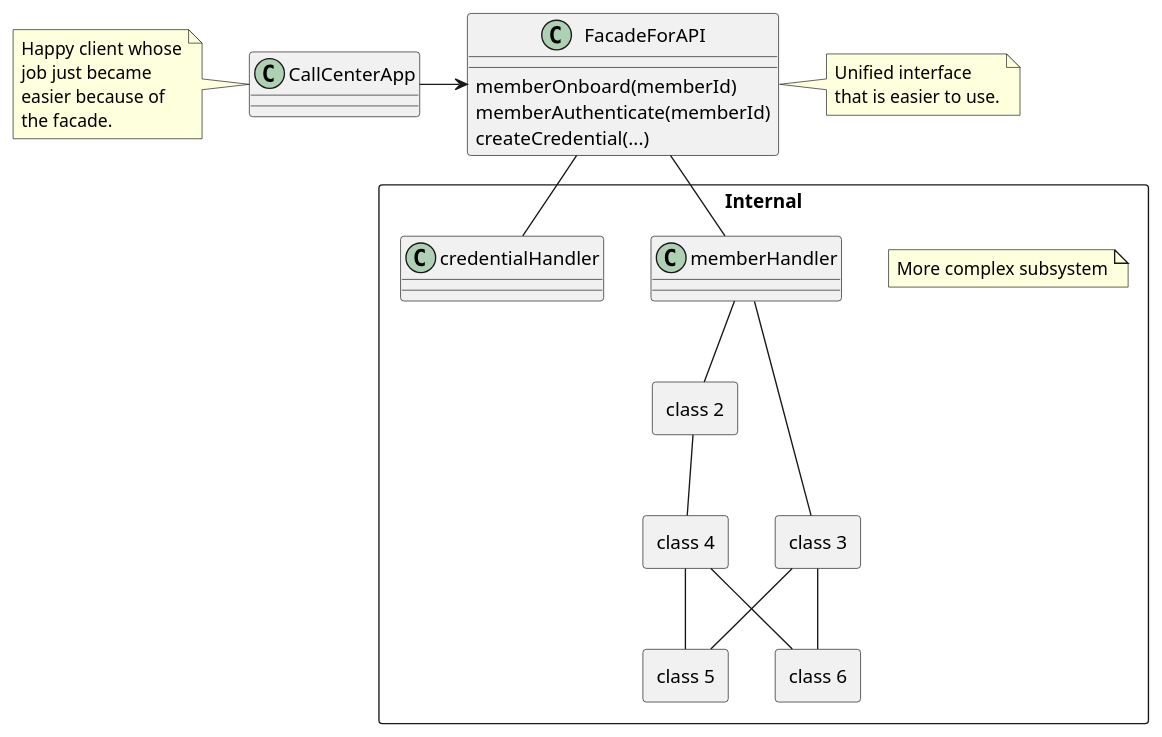
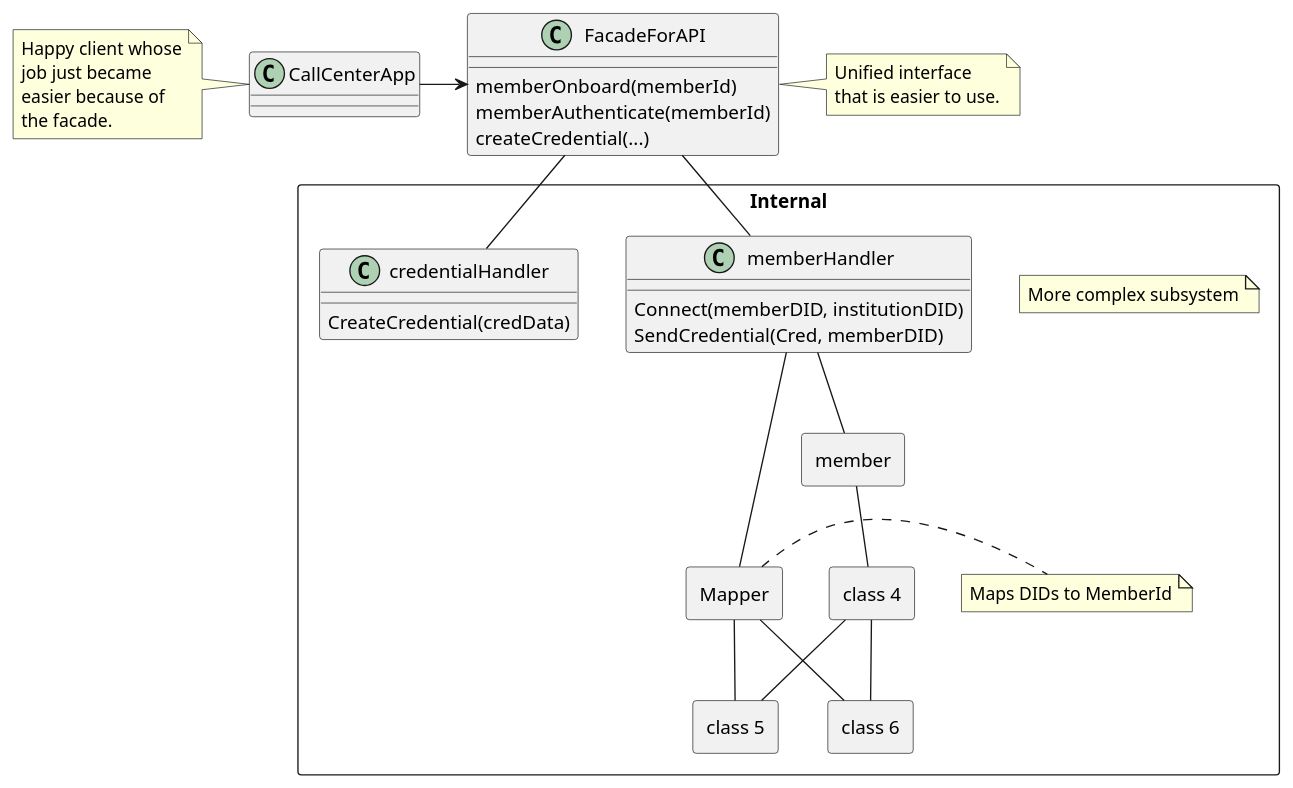
The diagram in puml/earlyclassdiag.puml (peacekeeper/CULedger.IdentityAPI), drawn with PlantUML before and after one commit.

Commit message:
updates to class diag

```diff
--- a/puml/earlyclassdiag.puml
+++ b/puml/earlyclassdiag.puml
@@ -1,61 +1,68 @@
 @startuml
 class CallCenterApp
 class FacadeForAPI {
   {method} memberOnboard(memberId)
   {method} memberAuthenticate(memberId)
   {method} createCredential(...)
 
 }
 CallCenterApp -> FacadeForAPI
 
 package "Internal" <<rectangle>> {
 
 note "More complex subsystem" as n1
 
 FacadeForAPI -- "memberHandler"
 FacadeForAPI -- "credentialHandler"
 
 class memberHandler {
+  {method} Connect(memberDID, institutionDID)
+  {method} SendCredential(Cred, memberDID)
+}
+
+class "credentialHandler" {
+  {method} CreateCredential(credData)
 
 }
 
-class "credentialHandler" {
-
+package "member" <<rectangle>> {
 }
 
-package "class 2" <<rectangle>> {
-}
-
-package "class 3" <<rectangle>> {
+package "Mapper" <<rectangle>> {
 }
 
 package "class 4" <<rectangle>> {
 }
 
 package "class 5" <<rectangle>> {
 }
 
 package "class 6" <<rectangle>> {
 }
 
-"memberHandler" -- "class 2"
-"memberHandler" -- "class 3"
-"class 2" -- "class 4"
-"class 3" -- "class 5"
-"class 3" -- "class 6"
+"memberHandler" -- "member"
+"memberHandler" -- "Mapper"
+"member" -- "class 4"
+"Mapper" -- "class 5"
+"Mapper" -- "class 6"
 "class 4" -- "class 5"
 "class 4" -- "class 6"
+note right of Mapper
+  Maps DIDs to MemberId
+end note
+
 }
+
 
 note left of CallCenterApp
   Happy client whose
   job just became
   easier because of
   the facade.
 end note
 
 note right of FacadeForAPI
 Unified interface
 that is easier to use.
 end note
 @enduml
```
